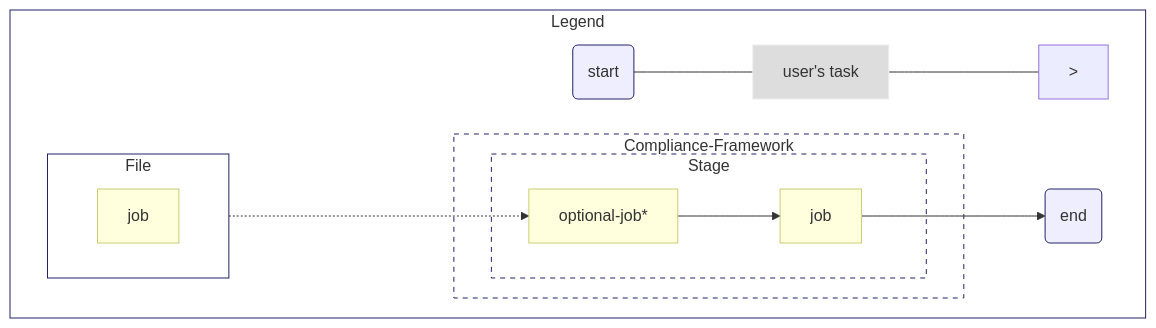
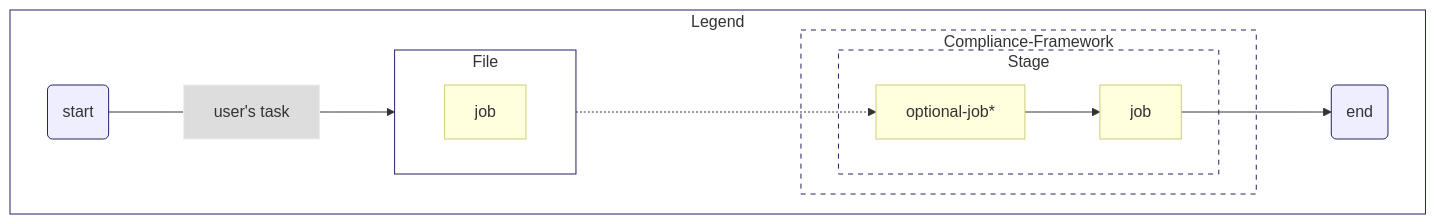
One commit to anbarisker/mermaid-debugger changed the second of 2 diagrams in advanced/mermaid.md. Above: the diagram before and after it, drawn with Mermaid. The commit also changed other lines of this file, not shown here.

````diff
--- a/advanced/mermaid.md
+++ b/advanced/mermaid.md
@@ -65,29 +127,29 @@
 ```mermaid
 flowchart LR
 	subgraph "Legend"
 		direction LR
-		n1(start) --- a1["user's task"] ---&gt; j1
+		n1(start) --- a1["user's task"] --> j1
 		j1 -...-> j2
 		j3 --> n2(end)
 		subgraph "Compliance-Framework"
 			subgraph "Stage"
 				j2[optional-job*] --> j3[job]
 			end
 		end
 		subgraph "File"
 			direction LR
 			j1[job]
 		end
 	end
 
 	classDef J fill:#ffd,stroke:#cc7;
 	class j1,j2,j3 J;
 	classDef A fill:#ddd,stroke:#eee;
 	class a1 A;
 	classDef F fill:#fff,stroke:#226;
 	class File,Legend F;
 	classDef C fill:#fff,stroke:#226,stroke-dasharray: 5 5;
 	class Compliance-Framework,Stage C;
 	classDef N fill:#eef,stroke:#226;
 	class n1,n2 N;
 ```
````
